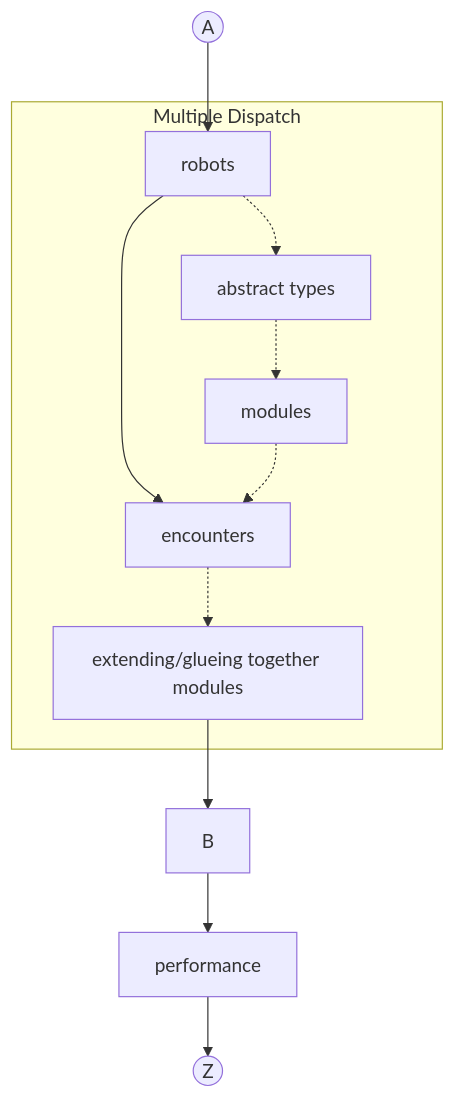
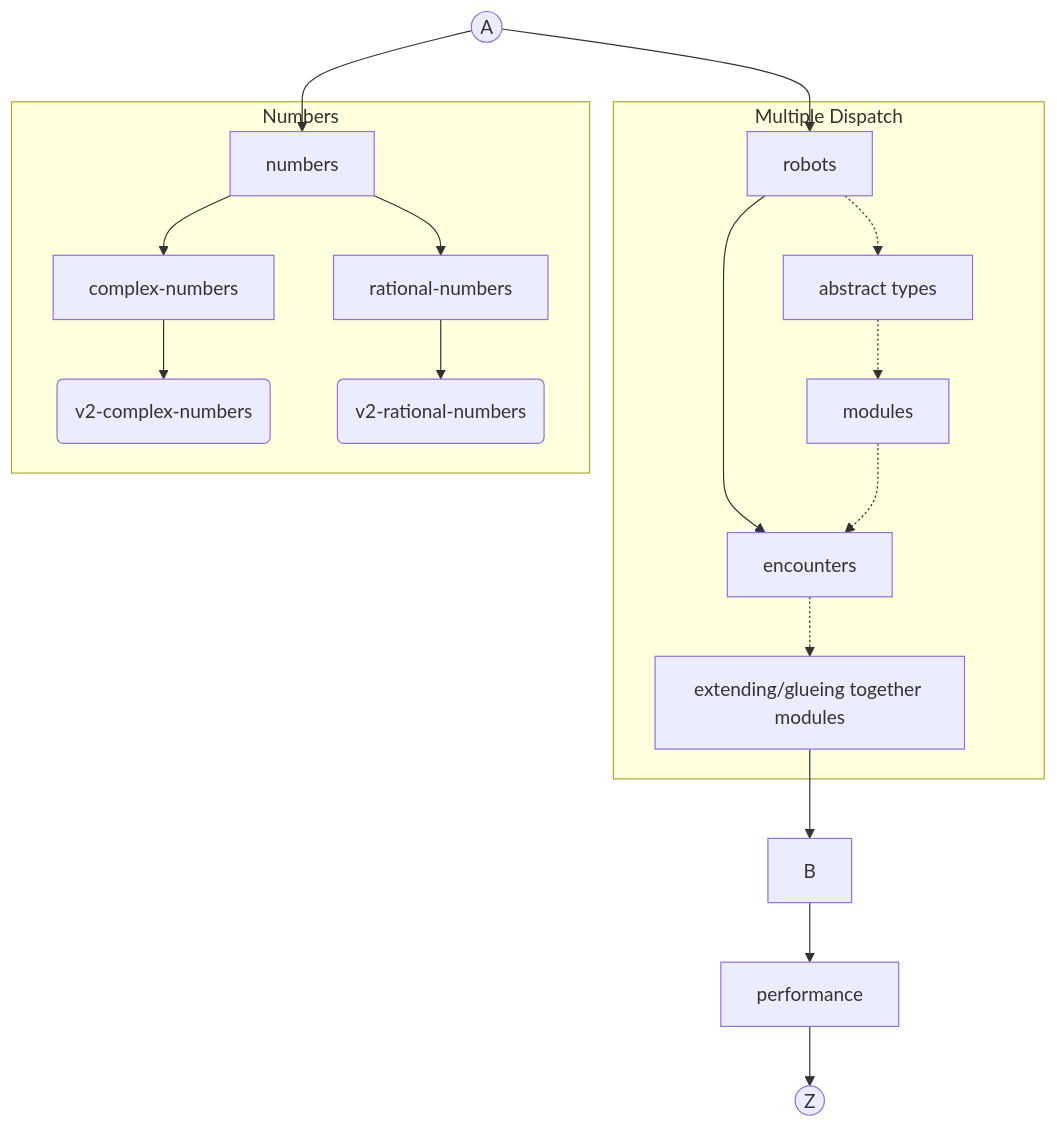
One commit to exercism/v3 changed the diagram in languages/julia/reference/progression.md. Above: the diagram before and after it, drawn with Mermaid. The commit also changed other lines of this file, not shown here.

Commit message:
[Julia] Add numbers to progression plan

````diff
--- a/languages/julia/reference/progression.md
+++ b/languages/julia/reference/progression.md
@@ -5,14 +5,23 @@
 ```mermaid
 graph TD
 A((A)) --> robots
 subgraph Multiple Dispatch
 	robots --> encounters
 	robots -.-> abstract-types
 	abstract-types[abstract types] -.-> modules
 	modules -.-> encounters
 	encounters -.-> extension[extending/glueing together modules]
 end
 extension --> B
 B --> performance
 performance --> Z((Z))
+
+A((A)) --> numbers
+subgraph Numbers
+	numbers --> complex-numbers
+	numbers --> rational-numbers
+	
+	complex-numbers --> v2-complex-numbers(v2-complex-numbers)
+	rational-numbers --> v2-rational-numbers(v2-rational-numbers)
+end
 ```
````
